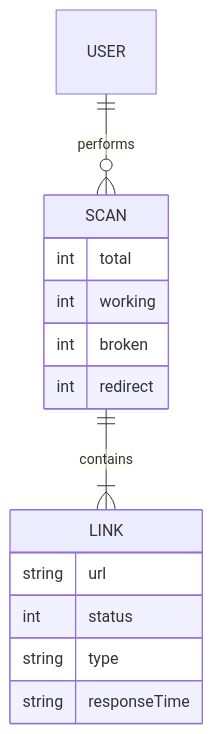
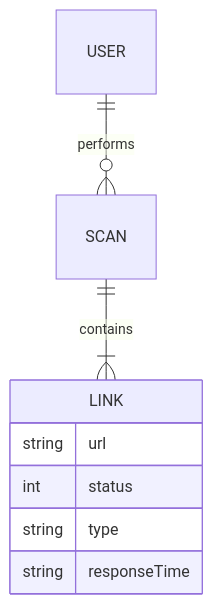
One commit to Chhatrapati-sahu-09/broken-link-checker changed the second of 2 diagrams in README.md. Above: the diagram before and after it, drawn with Mermaid. The commit also changed other lines of this file, not shown here.

````diff
--- a/README.md
+++ b/README.md
@@ -254,17 +147,11 @@
 ```mermaid
 erDiagram
     USER ||--o{ SCAN : performs
     SCAN ||--|{ LINK : contains
     LINK {
         string url
         int status
         string type
         string responseTime
     }
-    SCAN {
-        int total
-        int working
-        int broken
-        int redirect
-    }
 ```
````
